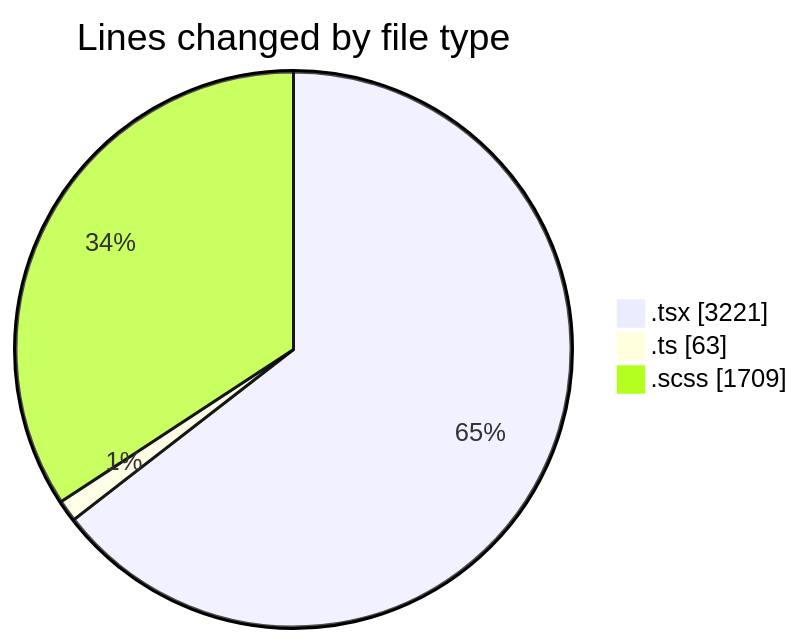
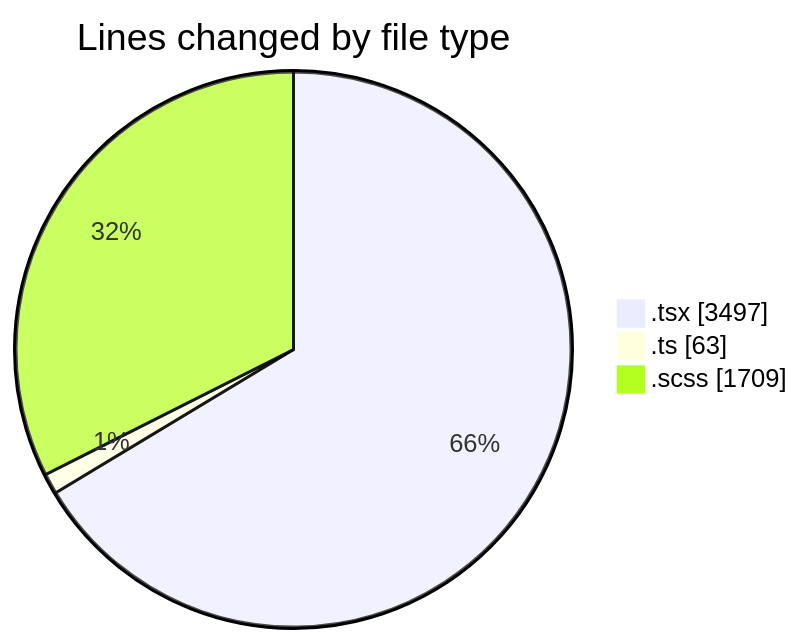
The first of 2 diagrams in 2025-04-02/cda/README.md (momahboobian/code-tracking), drawn with Mermaid before and after one commit. The commit also changed other lines of this file and 1 other file, not shown here.

````diff
--- a/2025-04-02/cda/README.md
+++ b/2025-04-02/cda/README.md
@@ -30,7 +30,7 @@
 ```mermaid
 pie showData
 title Lines changed by file type
-".tsx" : 3221
+".tsx" : 3497
 ".ts" : 63
 ".scss" : 1709
 ```
````
